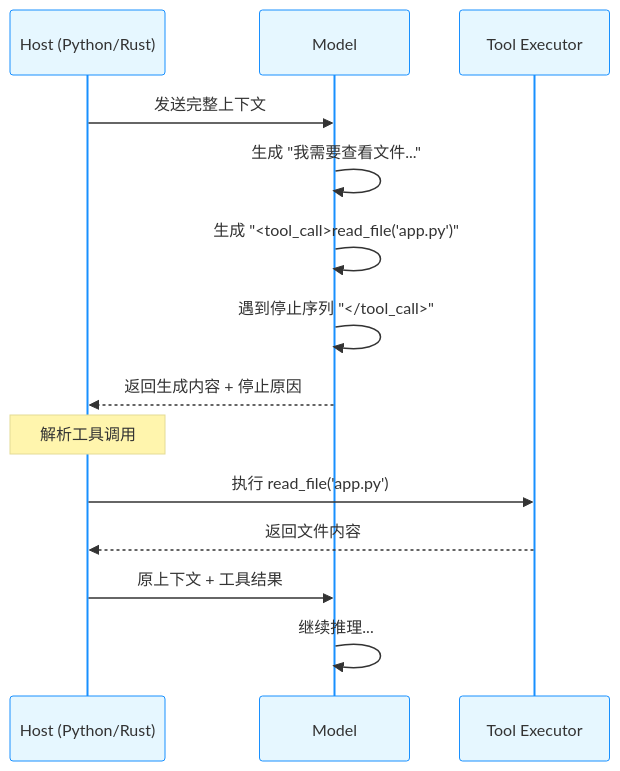
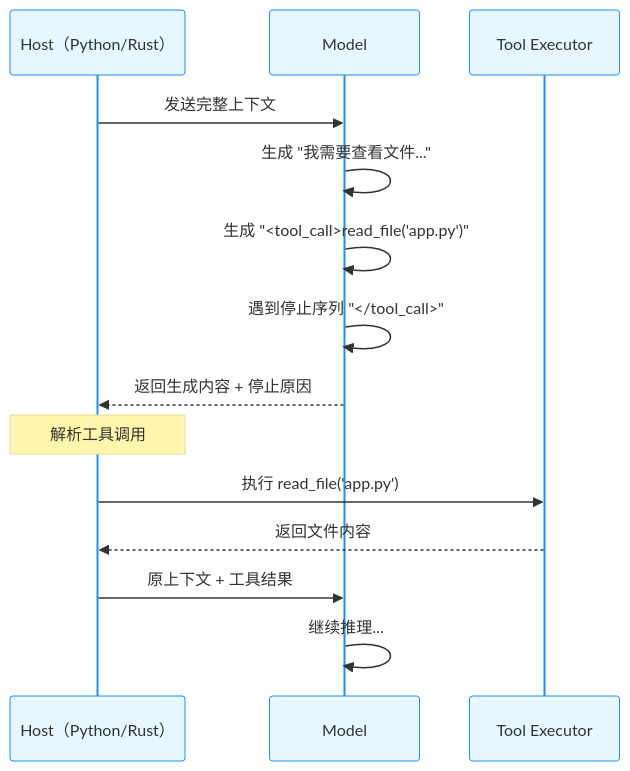
Before and after one commit to yeasy/agentic_ai_guide: the third of 7 diagrams in 10_agentic_coding/10.2_loop.md, drawn with Mermaid. The commit also changed other lines of this file and 88 other files, not shown here.

````diff
--- a/10_agentic_coding/10.2_loop.md
+++ b/10_agentic_coding/10.2_loop.md
@@ -90,20 +90,20 @@
 ```mermaid
 %%{init: {'theme': 'base', 'themeVariables': { 'primaryColor': '#e6f7ff', 'actorBorder': '#1890ff', 'actorBkg': '#e6f7ff'}}}%%
 sequenceDiagram
-    participant H as Host (Python/Rust)
+    participant H as Host（Python/Rust）
     participant M as Model
     participant T as Tool Executor
     
     H->>M: 发送完整上下文
     M->>M: 生成 "我需要查看文件..."
     M->>M: 生成 "<tool_call>read_file('app.py')"
     M->>M: 遇到停止序列 "</tool_call>"
     M-->>H: 返回生成内容 + 停止原因
     
     Note over H: 解析工具调用
     H->>T: 执行 read_file('app.py')
     T-->>H: 返回文件内容
     
     H->>M: 原上下文 + 工具结果
     M->>M: 继续推理...
 ```
````
